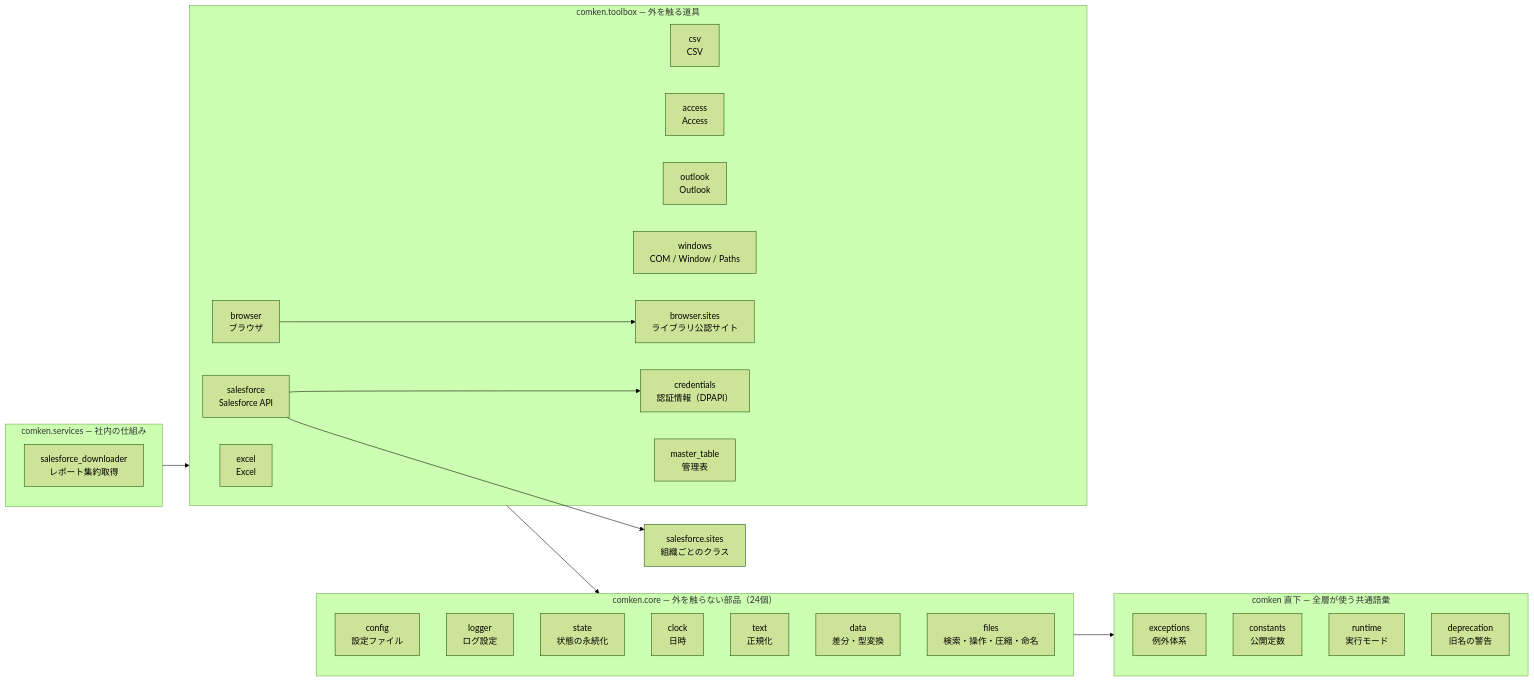
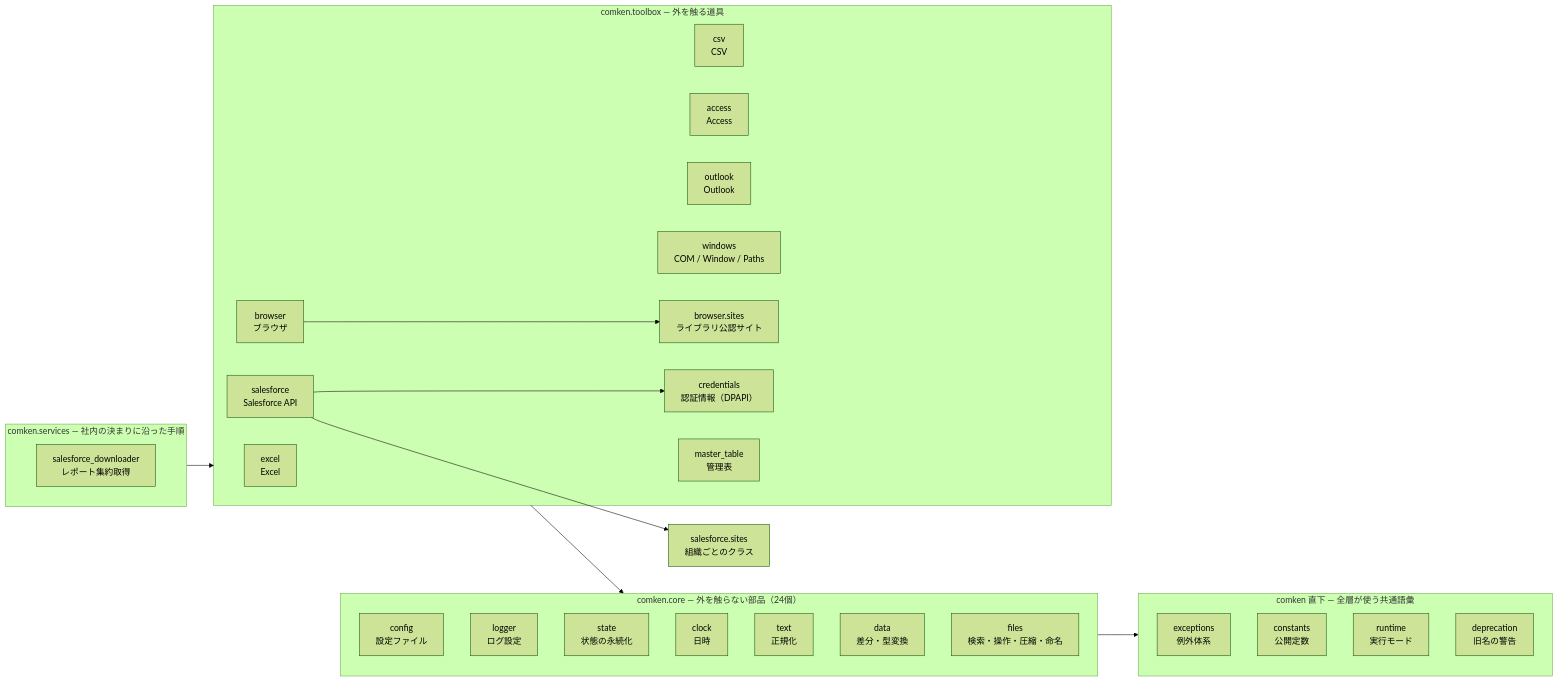
The first of 4 diagrams in README.md (tenniscorecom/comken), drawn with Mermaid (forest theme) before and after one commit. The commit also changed 3 other files, not shown here.

First line of the commit message:
services の図のラベルを直し、サイトは1サイト1フォルダで完結させる

````diff
--- a/README.md
+++ b/README.md
@@ -534,39 +534,39 @@
 ```mermaid
 graph LR
     subgraph L0["comken 直下 — 全層が使う共通語彙"]
         exceptions["exceptions\n例外体系"]
         constants["constants\n公開定数"]
         runtime["runtime\n実行モード"]
         deprecation["deprecation\n旧名の警告"]
     end
     subgraph L1["comken.core — 外を触らない部品（24個）"]
         config["config\n設定ファイル"]
         logger["logger\nログ設定"]
         state["state\n状態の永続化"]
         clock["clock\n日時"]
         text["text\n正規化"]
         data["data\n差分・型変換"]
         corefiles["files\n検索・操作・圧縮・命名"]
     end
     subgraph L2["comken.toolbox — 外を触る道具"]
         excel["excel\nExcel"]
         csv["csv\nCSV"]
         access["access\nAccess"]
         outlook["outlook\nOutlook"]
         windows["windows\nCOM / Window / Paths"]
         browser["browser\nブラウザ"]
         browsersites["browser.sites\nライブラリ公認サイト"]
         salesforce["salesforce\nSalesforce API"]
         credentials["credentials\n認証情報（DPAPI）"]
         mastertable["master_table\n管理表"]
     end
-    subgraph L3["comken.services — 社内の仕組み"]
+    subgraph L3["comken.services — 社内の決まりに沿った手順"]
         downloader["salesforce_downloader\nレポート集約取得"]
     end
     L1 --> L0
     L2 --> L1
     L3 --> L2
     salesforce --> sites["salesforce.sites\n組織ごとのクラス"]
     salesforce --> credentials
     browser --> browsersites
 ```
````
